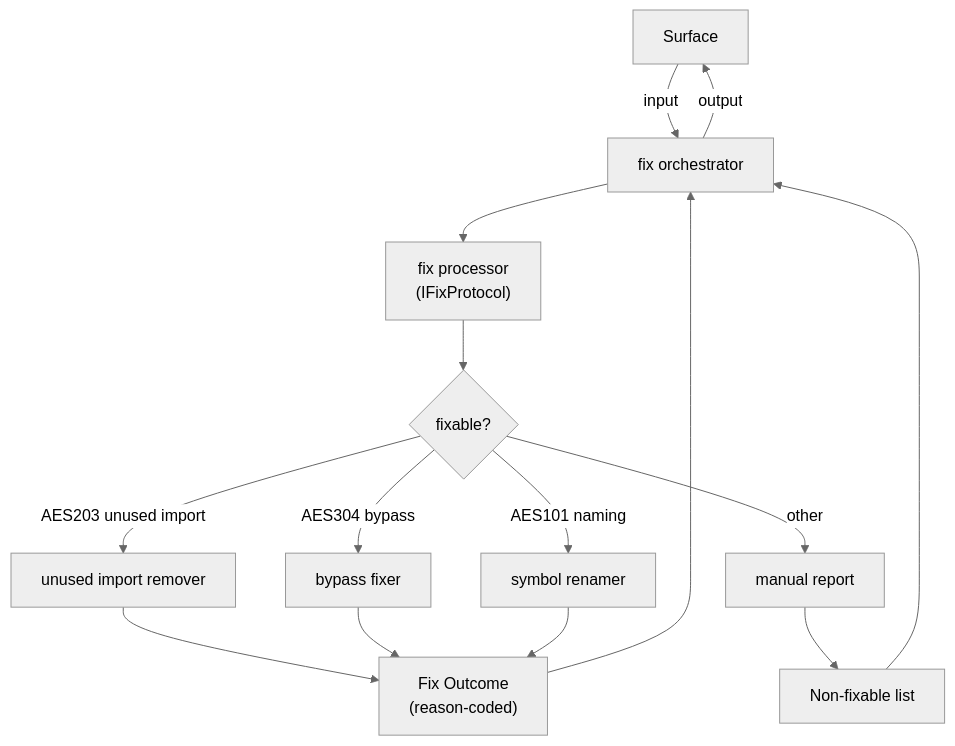
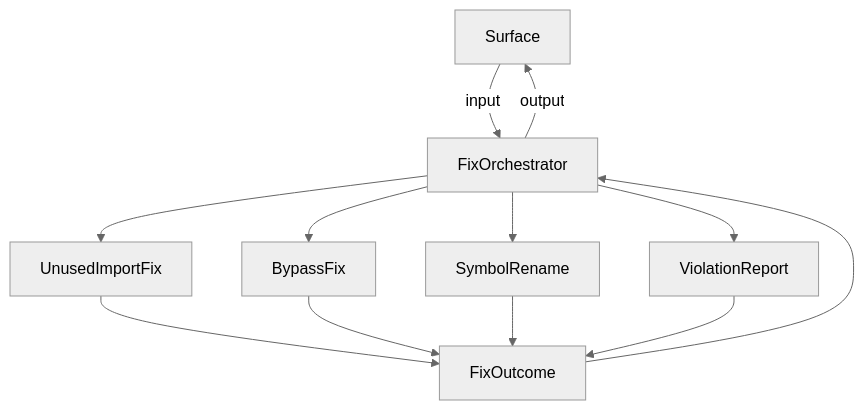
The diagram in crates/auto-fix/FRD.md (rakaarwaky/lint-arwaky), drawn with Mermaid (neutral theme) before and after one commit. The commit also changed other lines of this file and 23 other files, not shown here.

````diff
--- a/crates/auto-fix/FRD.md
+++ b/crates/auto-fix/FRD.md
@@ -30,20 +30,14 @@
 ```mermaid
 flowchart TD
-    A["Surface"] -->|input| B["fix orchestrator"]
-    B --> C["fix processor\n(IFixProtocol)"]
-    C --> D{"fixable?"}
-
-    D -->|"AES203 unused import"| E["unused import remover"]
-    D -->|"AES304 bypass"| F["bypass fixer"]
-    D -->|"AES101 naming"| G["symbol renamer"]
-    D -->|"other"| H["manual report"]
-
-    E --> I["Fix Outcome\n(reason-coded)"]
-    F --> I
-    G --> I
-    H --> J["Non-fixable list"]
-
+    A["Surface"] -->|input| B["FixOrchestrator"]
+    B --> C1["UnusedImportFix"]
+    B --> C2["BypassFix"]
+    B --> C3["SymbolRename"]
+    B --> C4["ViolationReport"]
+    C1 --> I["FixOutcome"]
+    C2 --> I
+    C3 --> I
+    C4 --> I
     I --> B
-    J --> B
     B -->|output| A
 ```
````
